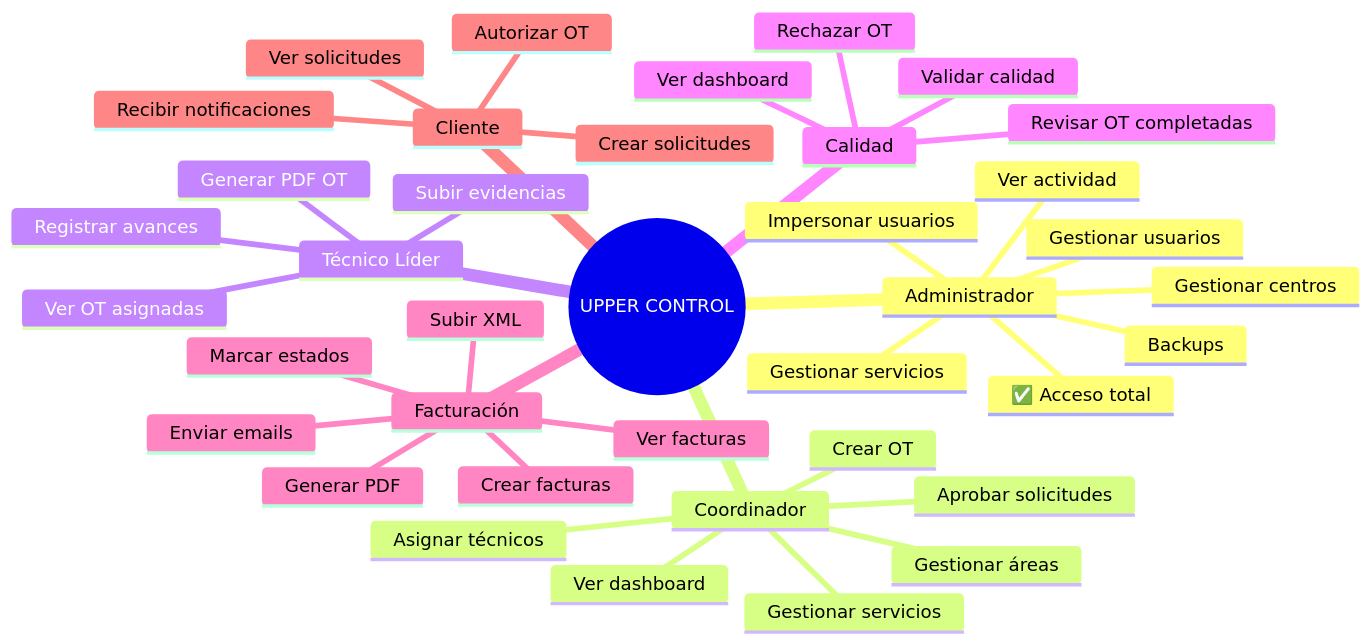
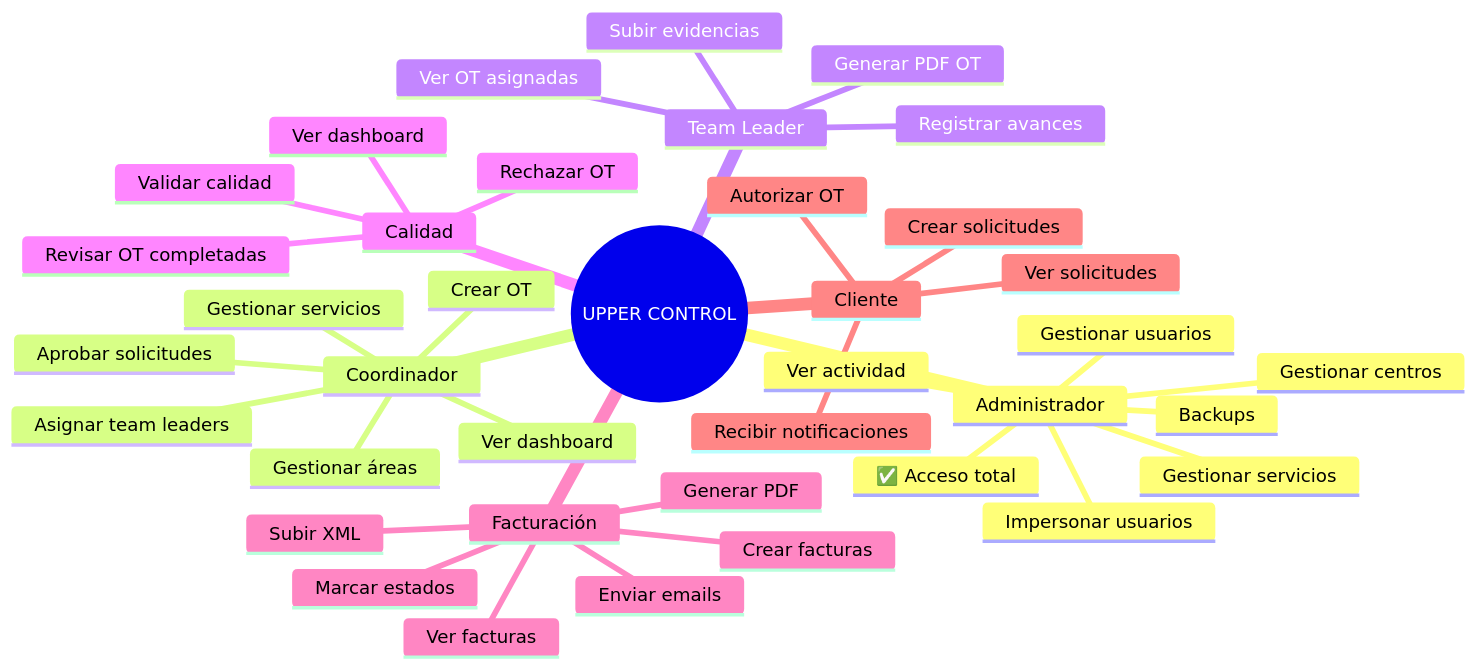
One commit to ABFORTI/UPPER_CONTROL changed the fifth of 9 diagrams in DIAGRAMAS.md. Above: the diagram before and after it, drawn with Mermaid. The commit also changed other lines of this file and 6 other files, not shown here.

Commit message:
docs: actualizar terminología a Team Leader y simplificar flujo de facturación

````diff
--- a/DIAGRAMAS.md
+++ b/DIAGRAMAS.md
@@ -376,41 +344,41 @@
 ```mermaid
 mindmap
   root((UPPER CONTROL))
     Administrador
       ✅ Acceso total
       Gestionar usuarios
       Gestionar centros
       Gestionar servicios
       Ver actividad
       Backups
       Impersonar usuarios
     Coordinador
       Aprobar solicitudes
       Crear OT
-      Asignar técnicos
+      Asignar team leaders
       Gestionar servicios
       Gestionar áreas
       Ver dashboard
-    Técnico Líder
+    Team Leader
       Ver OT asignadas
       Registrar avances
       Subir evidencias
       Generar PDF OT
     Calidad
       Revisar OT completadas
       Validar calidad
       Rechazar OT
       Ver dashboard
     Facturación
       Ver facturas
       Crear facturas
       Subir XML
       Marcar estados
       Generar PDF
       Enviar emails
     Cliente
       Crear solicitudes
       Ver solicitudes
       Autorizar OT
       Recibir notificaciones
 ```
````
